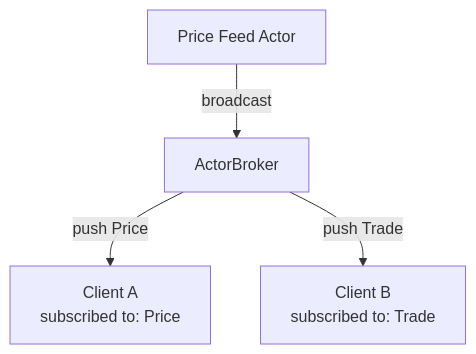
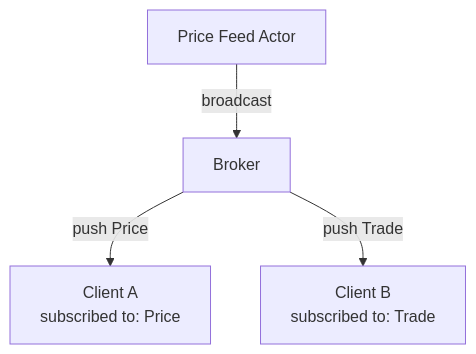
One commit to Govcraft/acton-reactive changed the diagram in acton-docs-site/src/app/docs/ipc-patterns/page.md. Above: the diagram before and after it, drawn with Mermaid. The commit also changed other lines of this file and 28 other files, not shown here.

````diff
--- a/acton-docs-site/src/app/docs/ipc-patterns/page.md
+++ b/acton-docs-site/src/app/docs/ipc-patterns/page.md
@@ -188,6 +290,6 @@
 ```mermaid
 flowchart TD
-    PF["Price Feed Actor"] -->|broadcast| Broker["ActorBroker"]
+    PF["Price Feed Actor"] -->|broadcast| Broker["Broker"]
     Broker -->|push Price| CA["Client A<br/>subscribed to: Price"]
     Broker -->|push Trade| CB["Client B<br/>subscribed to: Trade"]
 ```
````
